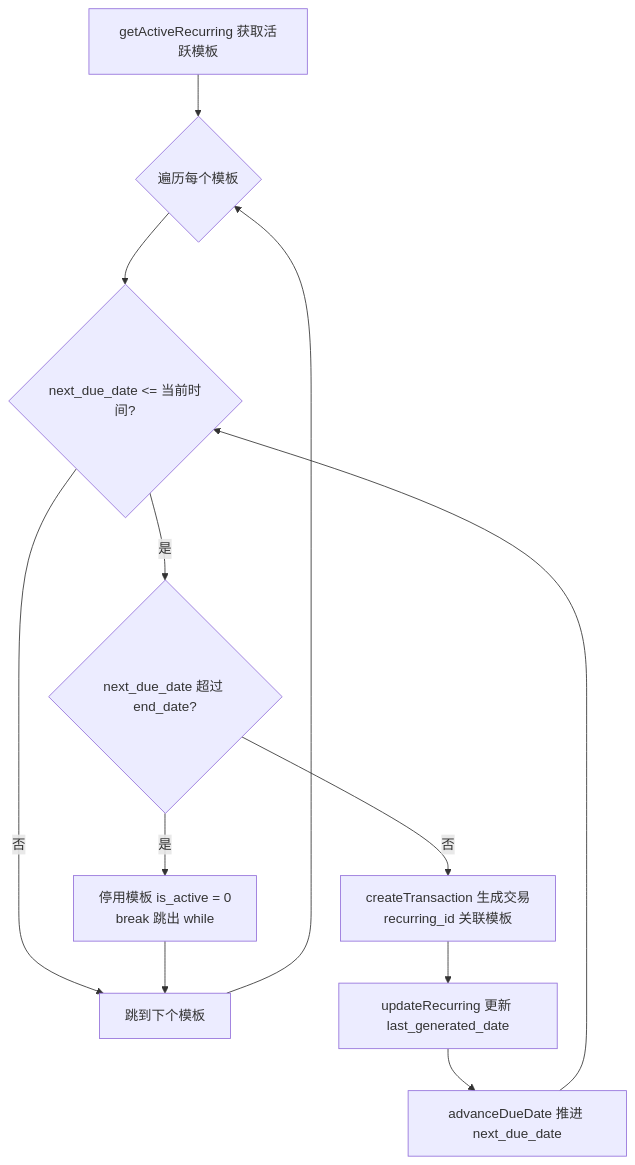
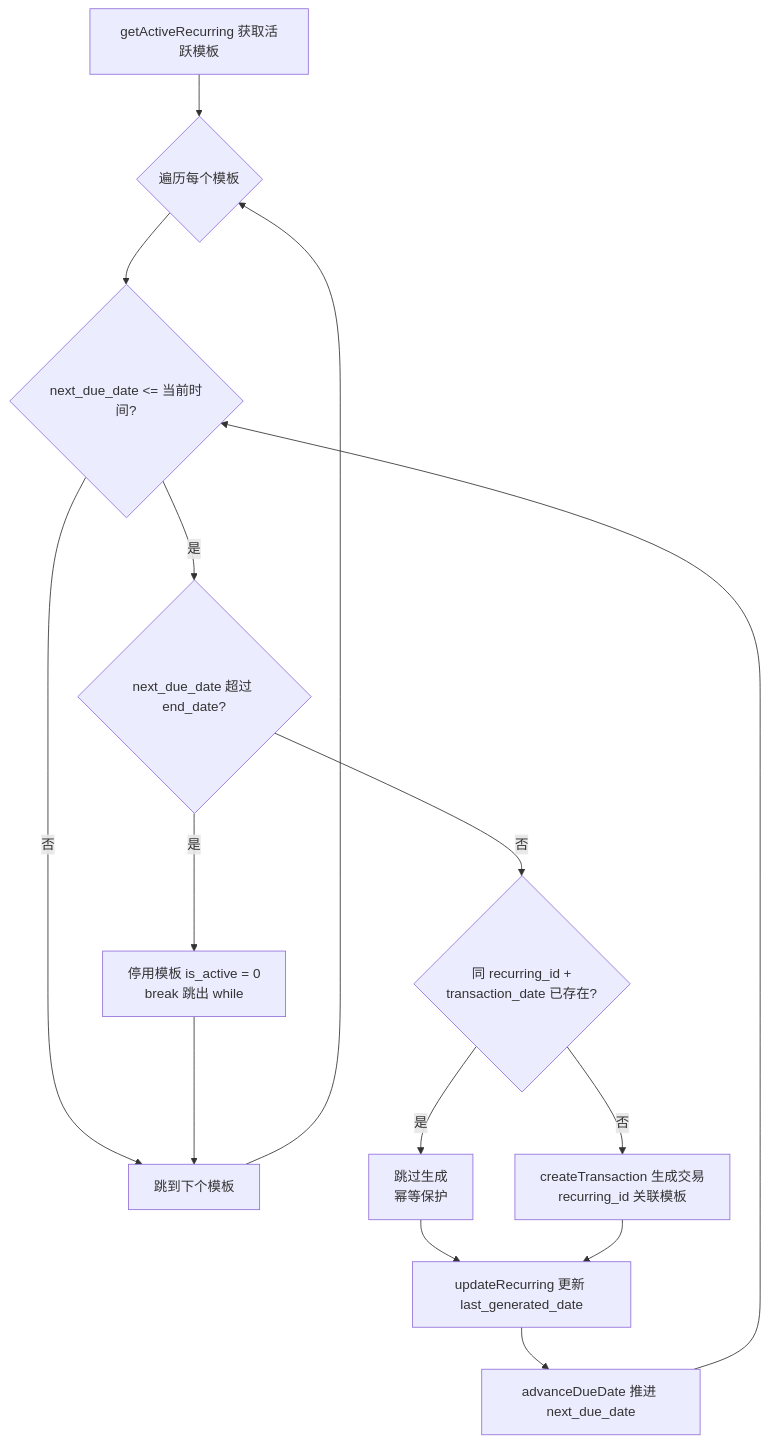
The third of 3 diagrams in docs/wiki/05-services.md (Psychorayda/FIRE-APP), drawn with Mermaid before and after one commit. The commit also changed other lines of this file, not shown here.

Commit message:
docs(wiki): update 05-services (column-whitelist/clear-service/import-export/recurring + template system)

````diff
--- a/docs/wiki/05-services.md
+++ b/docs/wiki/05-services.md
@@ -283,14 +289,17 @@
 ```mermaid
 flowchart TD
     A[getActiveRecurring 获取活跃模板] --> B{遍历每个模板}
     B --> C{next_due_date <= 当前时间?}
     C -- 否 --> Z[跳到下个模板]
     C -- 是 --> D{next_due_date 超过 end_date?}
     D -- 是 --> E[停用模板 is_active = 0<br/>break 跳出 while]
-    D -- 否 --> F[createTransaction 生成交易<br/>recurring_id 关联模板]
-    F --> G[updateRecurring 更新 last_generated_date]
-    G --> H[advanceDueDate 推进 next_due_date]
-    H --> C
+    D -- 否 --> F{同 recurring_id +<br/>transaction_date 已存在?}
+    F -- 是 --> G[跳过生成<br/>幂等保护]
+    F -- 否 --> H[createTransaction 生成交易<br/>recurring_id 关联模板]
+    G --> I[updateRecurring 更新 last_generated_date]
+    H --> I
+    I --> J[advanceDueDate 推进 next_due_date]
+    J --> C
     E --> Z
     Z --> B
 ```
````
